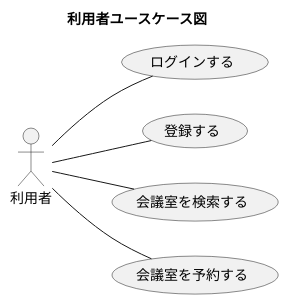
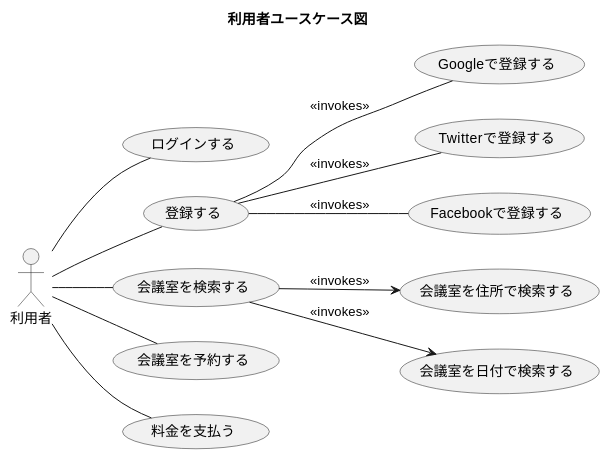
The diagram in document/2.2.0利用者ユースケース図.pu (kwhrkzk/RentalSpaceSample), drawn with PlantUML before and after one commit. The commit also changed 6 other files, not shown here.

```diff
--- a/document/2.2.0利用者ユースケース図.pu
+++ b/document/2.2.0利用者ユースケース図.pu
@@ -1,14 +1,26 @@
 @startuml
 left to right direction
 title 利用者ユースケース図
 
 actor 利用者
 usecase ログインする
 usecase 登録する
+usecase Googleで登録する
+usecase Twitterで登録する
+usecase Facebookで登録する
 usecase 会議室を検索する
+usecase 会議室を住所で検索する
+usecase 会議室を日付で検索する
 usecase 会議室を予約する
+usecase 料金を支払う
 利用者 -- ログインする
 利用者 -- 登録する
 利用者 -- 会議室を検索する
 利用者 -- 会議室を予約する
+利用者 -- 料金を支払う
+会議室を検索する --> 会議室を日付で検索する : <<invokes>>
+会議室を検索する --> 会議室を住所で検索する : <<invokes>>
+登録する -- Googleで登録する : <<invokes>>
+登録する -- Twitterで登録する : <<invokes>>
+登録する -- Facebookで登録する : <<invokes>>
 @enduml
```
